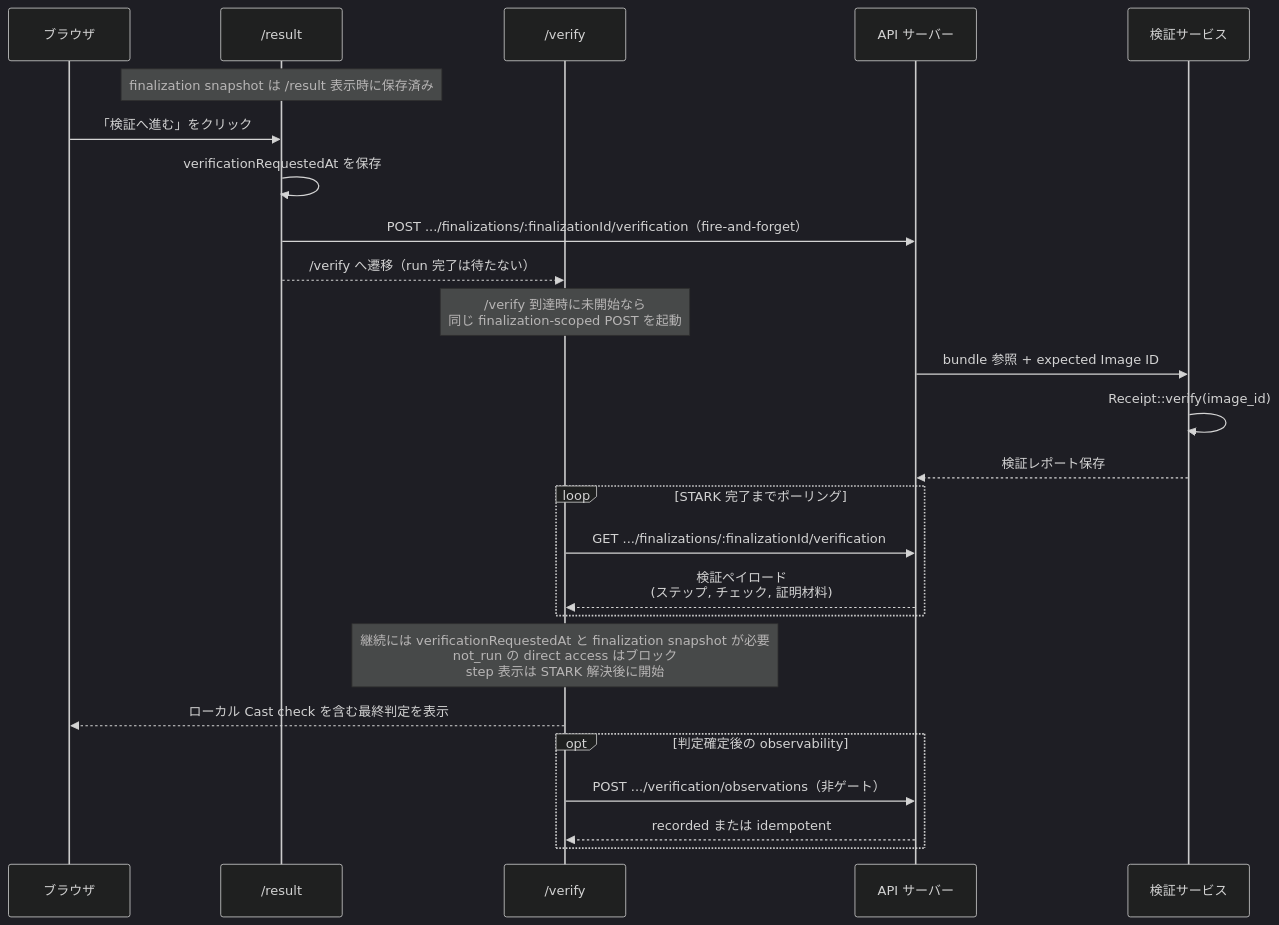
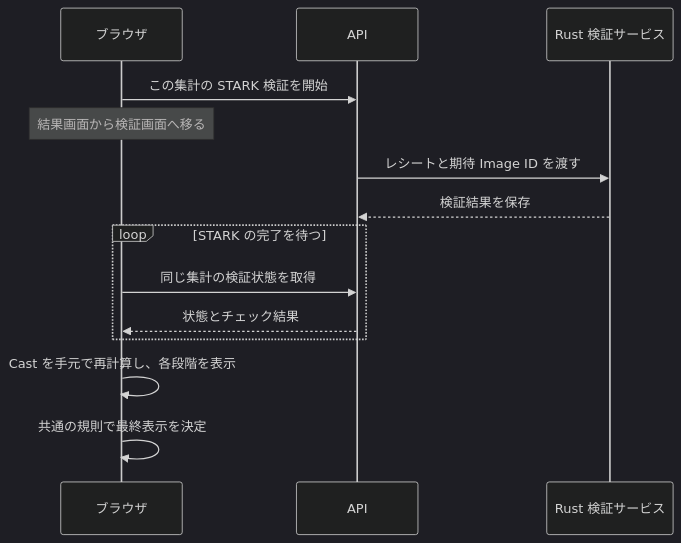
One commit to hwatanabe-jp/stark-ballot-simulator-public changed the diagram in public-book/src/verification/design-and-flow.md. Above: the diagram before and after it, drawn with Mermaid (dark theme). The commit also changed other lines of this file and 1197 other files, not shown here.

````diff
--- a/public-book/src/verification/design-and-flow.md
+++ b/public-book/src/verification/design-and-flow.md
@@ -97,33 +21,16 @@
 ```mermaid
 sequenceDiagram
-  participant U as ブラウザ
-  participant R as /result
-  participant V as /verify
-  participant A as API サーバー
-  participant VS as 検証サービス
-
-  Note over R: finalization snapshot は /result 表示時に保存済み
-  U->>R: 「検証へ進む」をクリック
-  R->>R: verificationRequestedAt を保存
-  R->>A: POST .../finalizations/:finalizationId/verification（fire-and-forget）
-  R-->>V: /verify へ遷移（run 完了は待たない）
-
-  Note over V: /verify 到達時に未開始なら<br/>同じ finalization-scoped POST を起動
-
-  A->>VS: bundle 参照 + expected Image ID
-  VS->>VS: Receipt::verify(image_id)
-  VS-->>A: 検証レポート保存
-
-  loop STARK 完了までポーリング
-    V->>A: GET .../finalizations/:finalizationId/verification
-    A-->>V: 検証ペイロード<br/>(ステップ, チェック, 証明材料)
+  participant B as ブラウザ
+  participant A as API
+  participant R as Rust 検証サービス
+  B->>A: この集計の STARK 検証を開始
+  Note over B: 結果画面から検証画面へ移る
+  A->>R: レシートと期待 Image ID を渡す
+  R-->>A: 検証結果を保存
+  loop STARK の完了を待つ
+    B->>A: 同じ集計の検証状態を取得
+    A-->>B: 状態とチェック結果
   end
-
-  Note over V: 継続には verificationRequestedAt と finalization snapshot が必要<br/>not_run の direct access はブロック<br/>step 表示は STARK 解決後に開始
-  V-->>U: ローカル Cast check を含む最終判定を表示
-
-  opt 判定確定後の observability
-    V->>A: POST .../verification/observations（非ゲート）
-    A-->>V: recorded または idempotent
-  end
+  B->>B: Cast を手元で再計算し、各段階を表示
+  B->>B: 共通の規則で最終表示を決定
 ```
````
